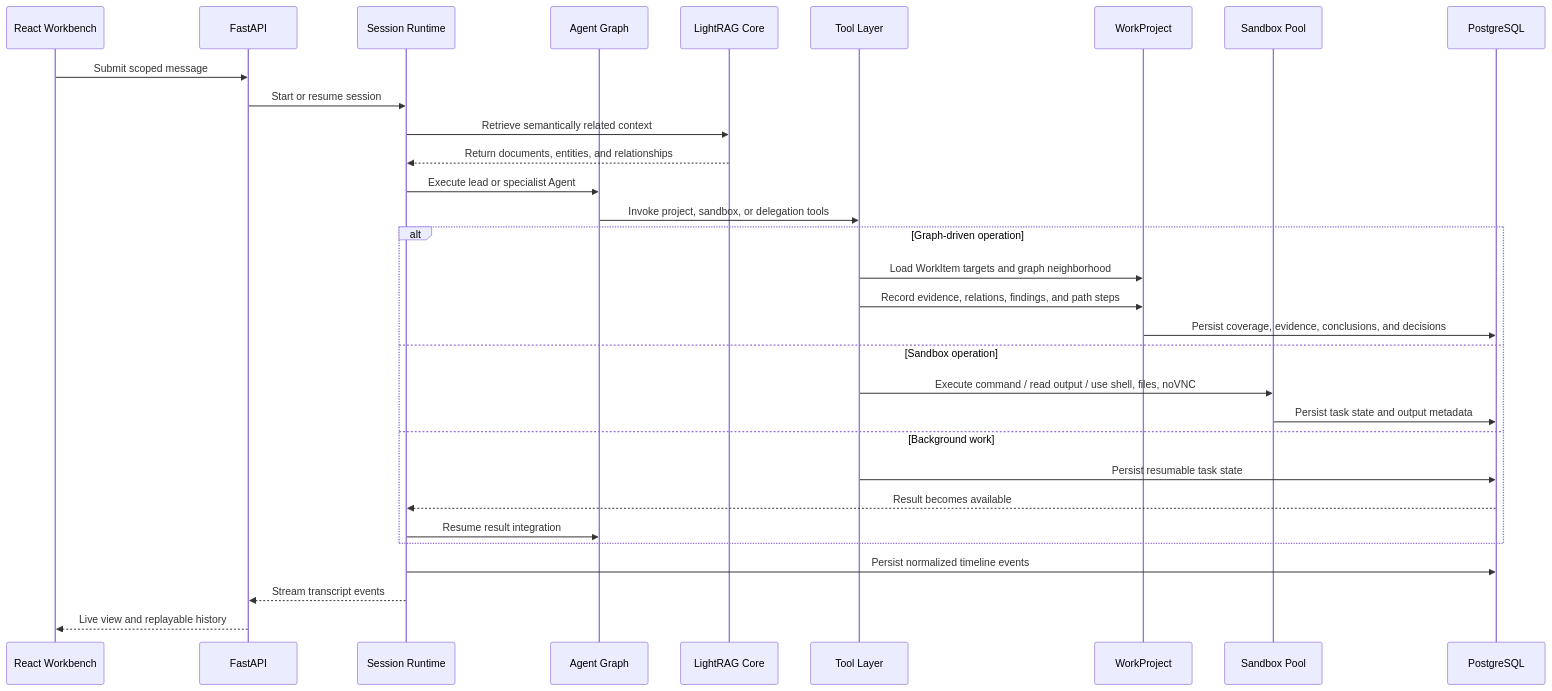
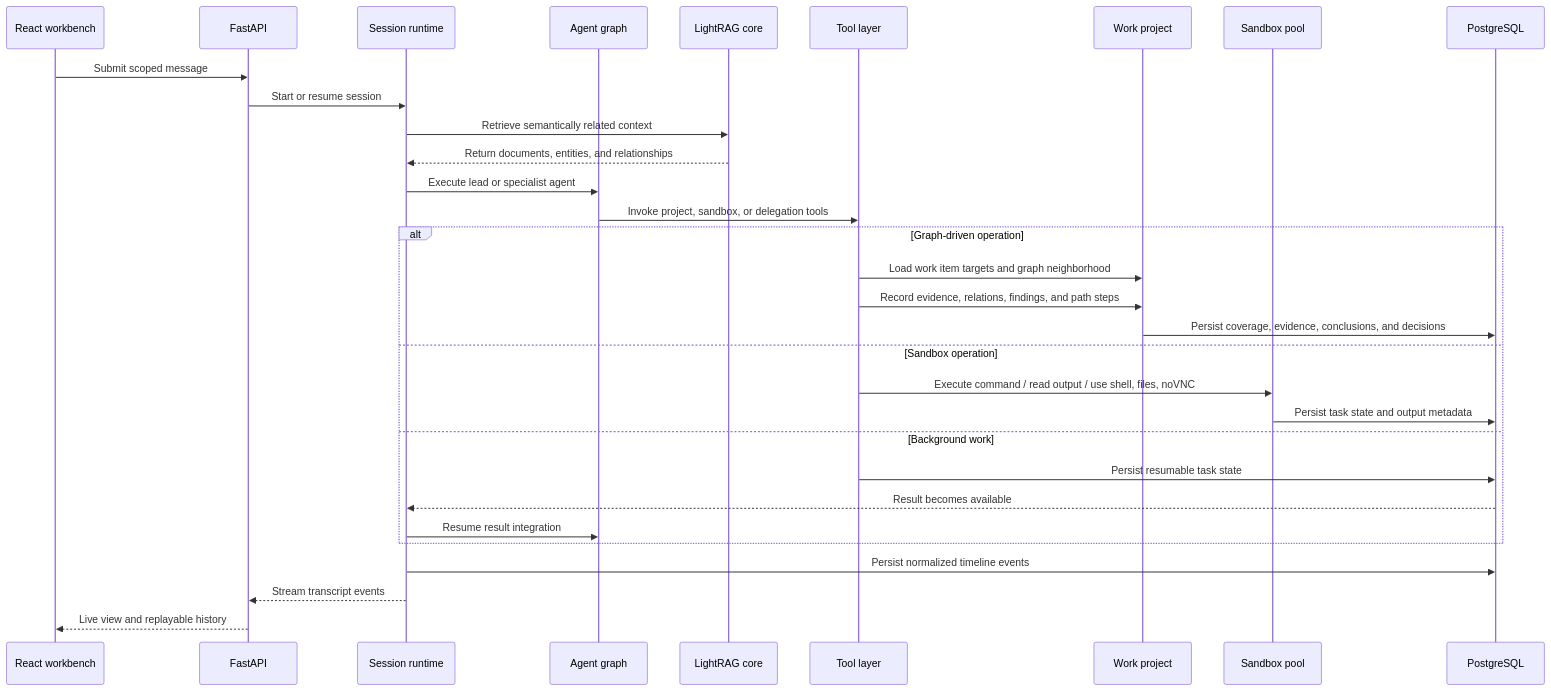
The second of 4 diagrams in README.md (1sLand99/Z3r0), drawn with Mermaid before and after one commit. The commit also changed other lines of this file and 32 other files, not shown here.

````diff
--- a/README.md
+++ b/README.md
@@ -107,36 +108,36 @@
 ```mermaid
 sequenceDiagram
-  participant UI as React Workbench
+  participant UI as React workbench
   participant API as FastAPI
-  participant Pool as Session Runtime
-  participant Agents as Agent Graph
-  participant RAG as LightRAG Core
-  participant Tools as Tool Layer
-  participant Project as WorkProject
-  participant Sandbox as Sandbox Pool
+  participant Pool as Session runtime
+  participant Agents as Agent graph
+  participant RAG as LightRAG core
+  participant Tools as Tool layer
+  participant Project as Work project
+  participant Sandbox as Sandbox pool
   participant DB as PostgreSQL
 
   UI->>API: Submit scoped message
   API->>Pool: Start or resume session
   Pool->>RAG: Retrieve semantically related context
   RAG-->>Pool: Return documents, entities, and relationships
-  Pool->>Agents: Execute lead or specialist Agent
+  Pool->>Agents: Execute lead or specialist agent
   Agents->>Tools: Invoke project, sandbox, or delegation tools
 
   alt Graph-driven operation
-    Tools->>Project: Load WorkItem targets and graph neighborhood
+    Tools->>Project: Load work item targets and graph neighborhood
     Tools->>Project: Record evidence, relations, findings, and path steps
     Project->>DB: Persist coverage, evidence, conclusions, and decisions
   else Sandbox operation
     Tools->>Sandbox: Execute command / read output / use shell, files, noVNC
     Sandbox->>DB: Persist task state and output metadata
   else Background work
     Tools->>DB: Persist resumable task state
     DB-->>Pool: Result becomes available
     Pool->>Agents: Resume result integration
   end
 
   Pool->>DB: Persist normalized timeline events
   Pool-->>API: Stream transcript events
   API-->>UI: Live view and replayable history
 ```
````
